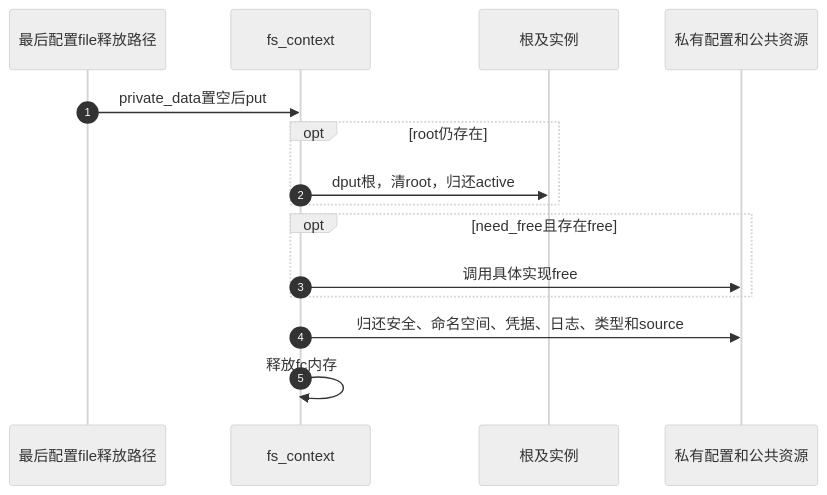
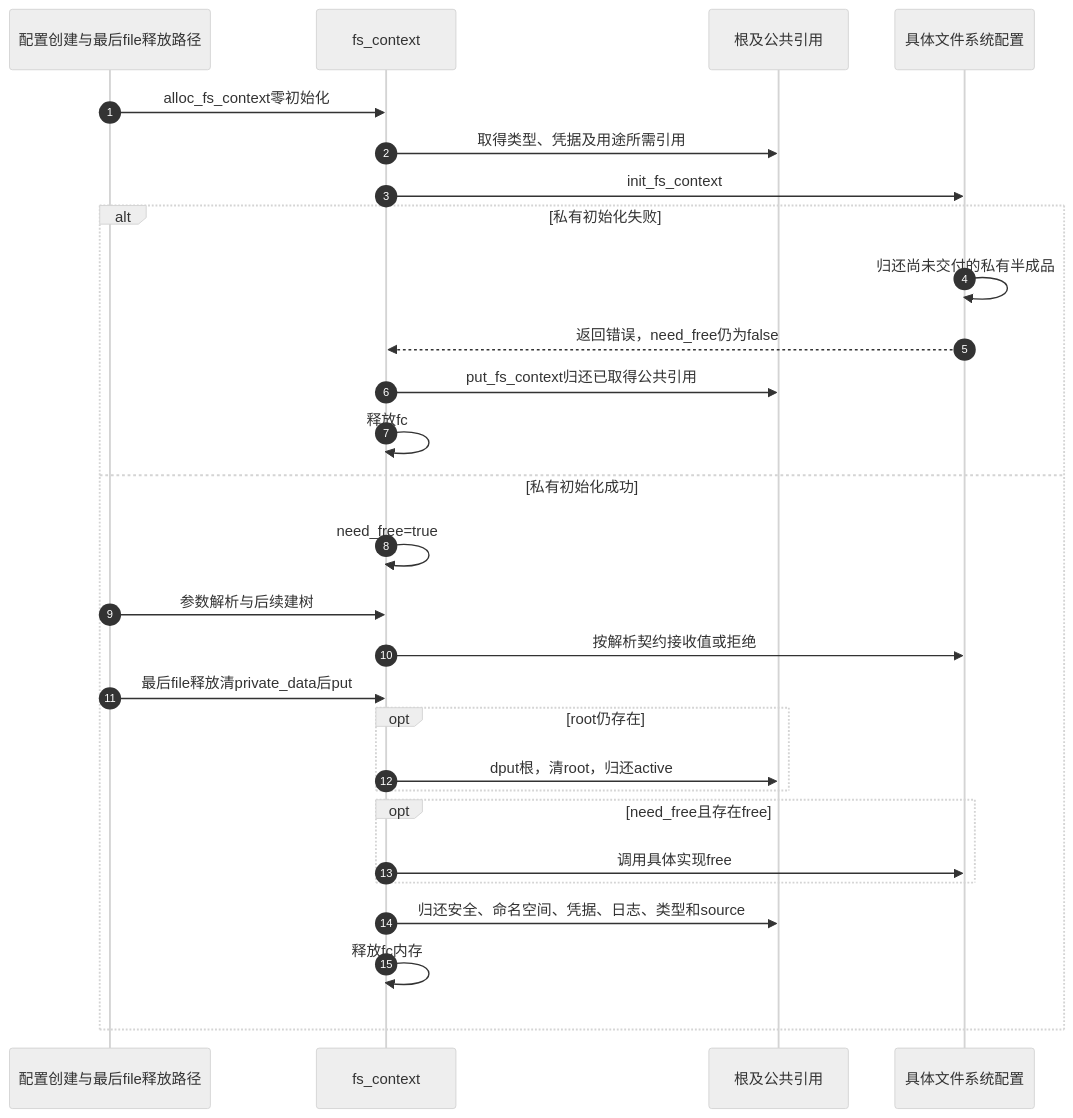
One commit to FormingSystem/linux_note changed the second of 2 diagrams in research/source_reading/vfs/source_explanations/P04_配置上下文的资源取得与释放.md. Above: the diagram before and after it, drawn with Mermaid (neutral theme). The commit also changed other lines of this file and 6 other files, not shown here.

````diff
--- a/research/source_reading/vfs/source_explanations/P04_配置上下文的资源取得与释放.md
+++ b/research/source_reading/vfs/source_explanations/P04_配置上下文的资源取得与释放.md
@@ -326,17 +342,30 @@
 ```mermaid
 sequenceDiagram
     autonumber
-    participant U as 最后配置file释放路径
+    participant U as 配置创建与最后file释放路径
     participant F as fs_context
-    participant R as 根及实例
-    participant P as 私有配置和公共资源
-    U->>F: private_data置空后put
-    opt root仍存在
-        F->>R: dput根，清root，归还active
+    participant R as 根及公共引用
+    participant P as 具体文件系统配置
+    U->>F: alloc_fs_context零初始化
+    F->>R: 取得类型、凭据及用途所需引用
+    F->>P: init_fs_context
+    alt 私有初始化失败
+        P->>P: 归还尚未交付的私有半成品
+        P-->>F: 返回错误，need_free仍为false
+        F->>R: put_fs_context归还已取得公共引用
+        F->>F: 释放fc
+    else 私有初始化成功
+        F->>F: need_free=true
+        U->>F: 参数解析与后续建树
+        F->>P: 按解析契约接收值或拒绝
+        U->>F: 最后file释放清private_data后put
+        opt root仍存在
+            F->>R: dput根，清root，归还active
+        end
+        opt need_free且存在free
+            F->>P: 调用具体实现free
+        end
+        F->>R: 归还安全、命名空间、凭据、日志、类型和source
+        F->>F: 释放fc内存
     end
-    opt need_free且存在free
-        F->>P: 调用具体实现free
-    end
-    F->>P: 归还安全、命名空间、凭据、日志、类型和source
-    F->>F: 释放fc内存
 ```
````
